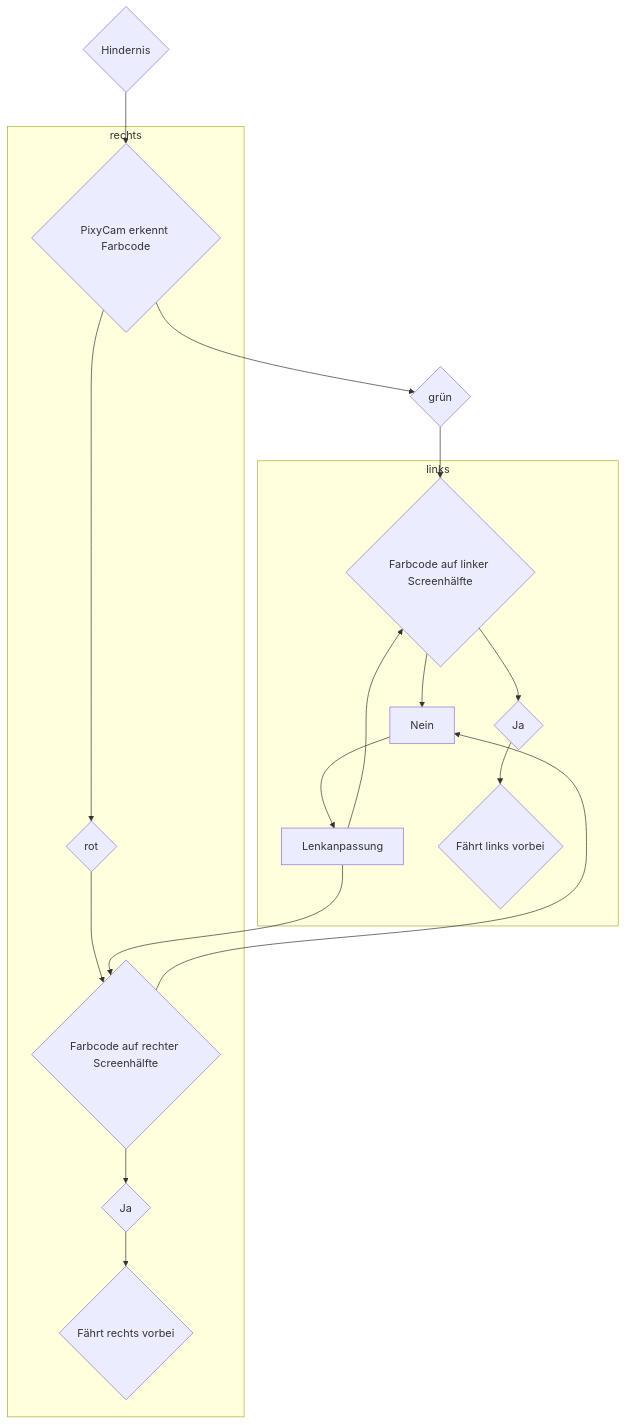
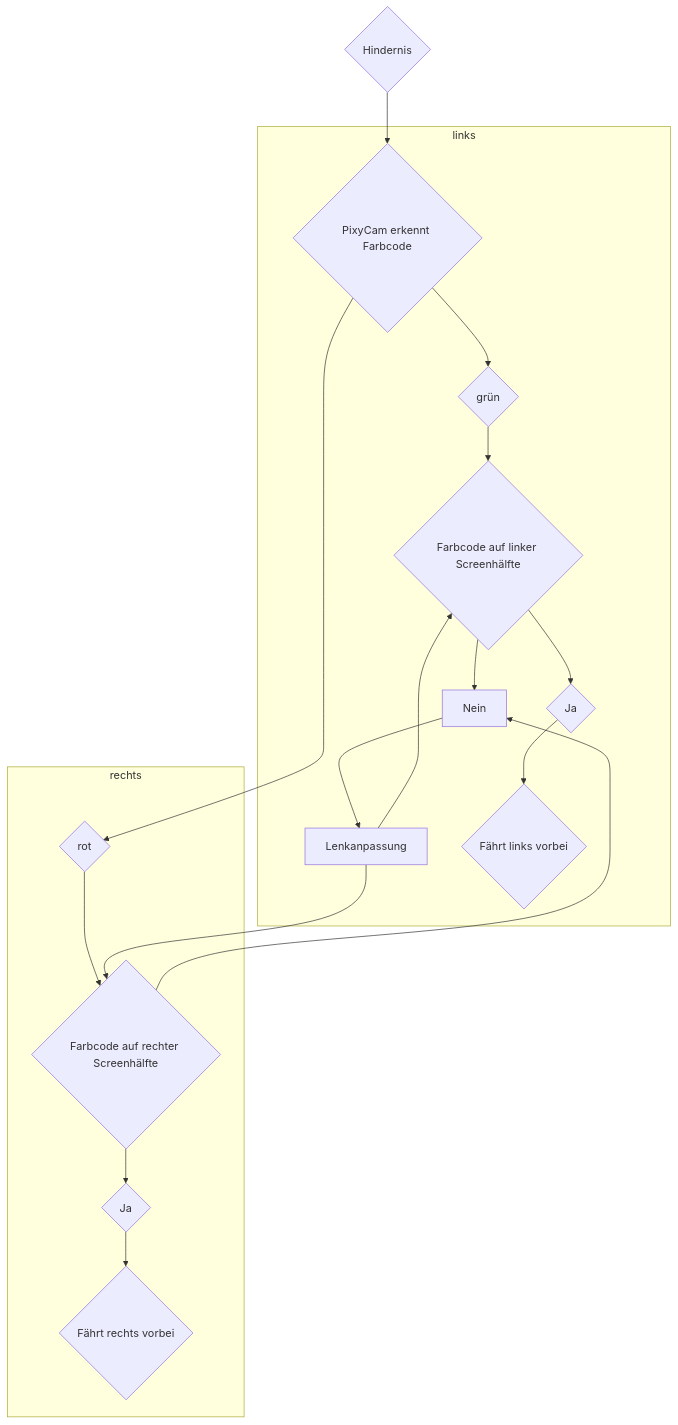
Before and after one commit to SchroedingersBit/PfortGTPanama: the diagram in Programme/Hindernisrennen/README.md, drawn with Mermaid. The commit also changed other lines of this file, not shown here.

````diff
--- a/Programme/Hindernisrennen/README.md
+++ b/Programme/Hindernisrennen/README.md
@@ -4,20 +4,20 @@
 ```mermaid
 graph TB;
 A{Hindernis} -->B{PixyCam erkennt Farbcode};
-B-->E{grün}-->C1{Farbcode auf linker Screenhälfte};
 Nein --> Lenkanpassung;
 subgraph links
+B-->E{grün}-->C1{Farbcode auf linker Screenhälfte};
 C1 --> Nein;
 Lenkanpassung-->C1;
 C1-->J1{Ja};
 J1-->R{Fährt links vorbei};
 end
 
 subgraph rechts
 B-->C{rot}-->C2{Farbcode auf rechter Screenhälfte};
 C2 --> Nein; 
 Lenkanpassung -->C2;
 C2-->J2{Ja};
 J2-->L{Fährt rechts vorbei};
 end
 ```
````
